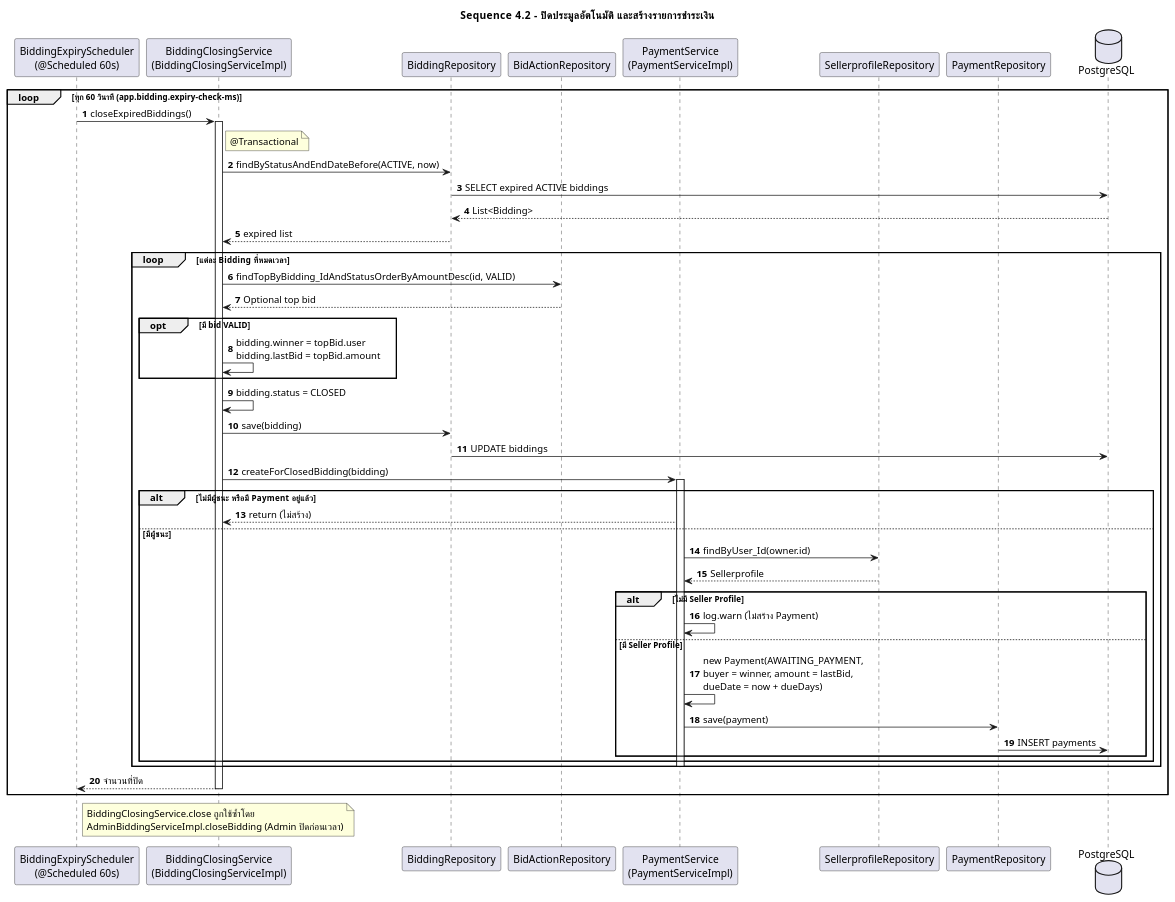
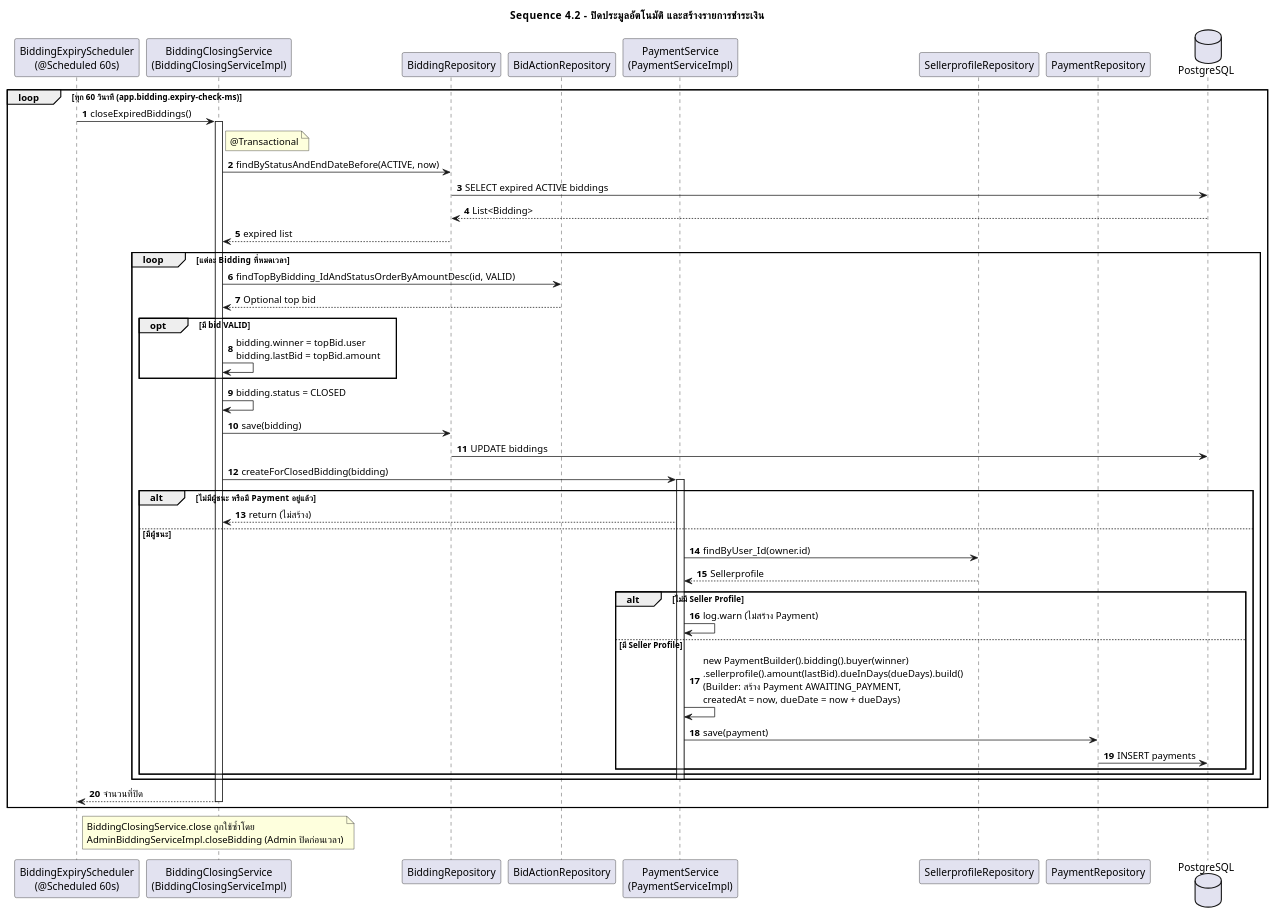
One commit to DarknineRe/Auction-System changed the diagram in doc/diagrams-puml/04b-sequence-close-bidding-create-payment.puml. Above: the diagram before and after it, drawn with PlantUML. The commit also changed 5 other files, not shown here.

```diff
--- a/doc/diagrams-puml/04b-sequence-close-bidding-create-payment.puml
+++ b/doc/diagrams-puml/04b-sequence-close-bidding-create-payment.puml
@@ -1,58 +1,58 @@
 @startuml
 title Sequence 4.2 - ปิดประมูลอัตโนมัติ และสร้างรายการชำระเงิน
 skinparam shadowing false
 autonumber
 
 participant "BiddingExpiryScheduler\n(@Scheduled 60s)" as Sch
 participant "BiddingClosingService\n(BiddingClosingServiceImpl)" as CS
 participant "BiddingRepository" as BR
 participant "BidActionRepository" as AR
 participant "PaymentService\n(PaymentServiceImpl)" as PS
 participant "SellerprofileRepository" as SPR
 participant "PaymentRepository" as PR
 database "PostgreSQL" as DB
 
 loop ทุก 60 วินาที (app.bidding.expiry-check-ms)
   Sch -> CS : closeExpiredBiddings()
   activate CS
   note right of CS : @Transactional
   CS -> BR : findByStatusAndEndDateBefore(ACTIVE, now)
   BR -> DB : SELECT expired ACTIVE biddings
   DB --> BR : List<Bidding>
   BR --> CS : expired list
 
   loop แต่ละ Bidding ที่หมดเวลา
     CS -> AR : findTopByBidding_IdAndStatusOrderByAmountDesc(id, VALID)
     AR --> CS : Optional top bid
     opt มี bid VALID
       CS -> CS : bidding.winner = topBid.user\nbidding.lastBid = topBid.amount
     end
     CS -> CS : bidding.status = CLOSED
     CS -> BR : save(bidding)
     BR -> DB : UPDATE biddings
     CS -> PS : createForClosedBidding(bidding)
     activate PS
     alt ไม่มีผู้ชนะ หรือมี Payment อยู่แล้ว
       PS --> CS : return (ไม่สร้าง)
     else มีผู้ชนะ
       PS -> SPR : findByUser_Id(owner.id)
       SPR --> PS : Sellerprofile
       alt ไม่มี Seller Profile
         PS -> PS : log.warn (ไม่สร้าง Payment)
       else มี Seller Profile
-        PS -> PS : new Payment(AWAITING_PAYMENT,\nbuyer = winner, amount = lastBid,\ndueDate = now + dueDays)
+        PS -> PS : new PaymentBuilder().bidding().buyer(winner)\n.sellerprofile().amount(lastBid).dueInDays(dueDays).build()\n(Builder: สร้าง Payment AWAITING_PAYMENT,\ncreatedAt = now, dueDate = now + dueDays)
         PS -> PR : save(payment)
         PR -> DB : INSERT payments
       end
     end
     deactivate PS
   end
   CS --> Sch : จำนวนที่ปิด
   deactivate CS
 end
 
 note over CS
   BiddingClosingService.close ถูกใช้ซ้ำโดย
   AdminBiddingServiceImpl.closeBidding (Admin ปิดก่อนเวลา)
 end note
 @enduml
```
